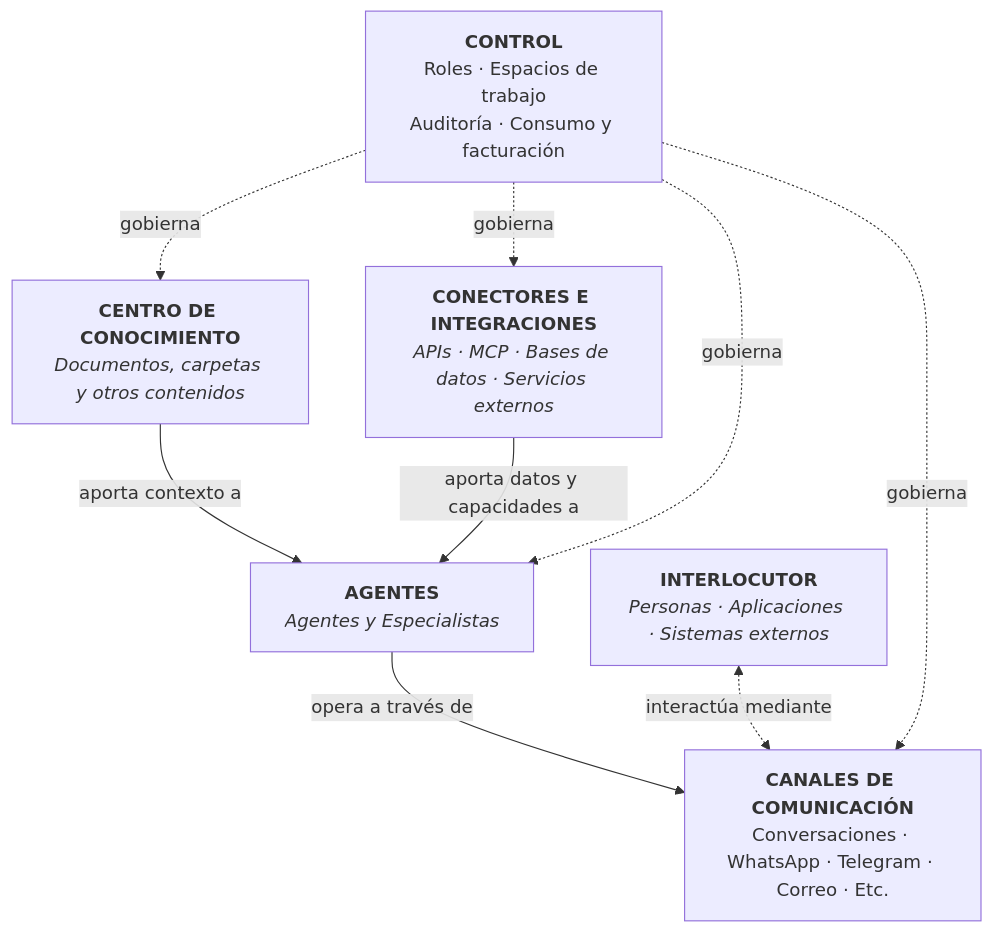
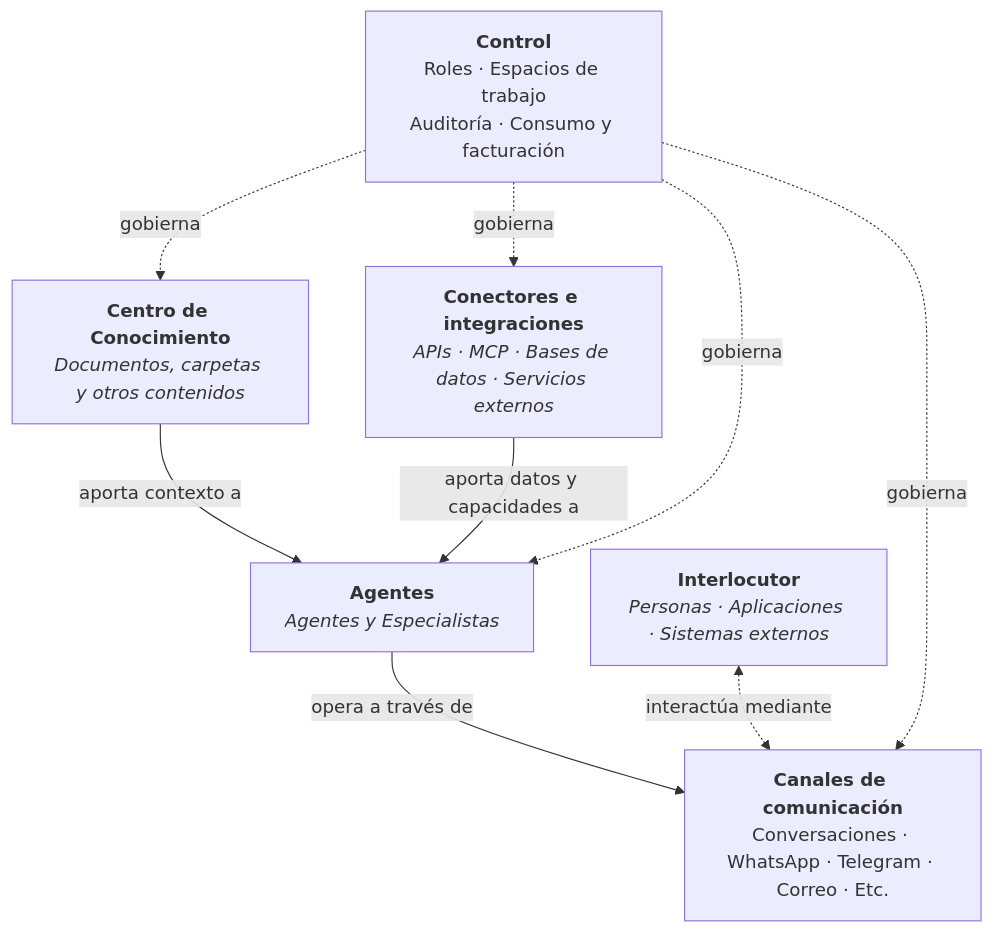
One commit to akui-solutions/consul-point-docs changed the first of 2 diagrams in docs/introduccion/vision-general.md. Above: the diagram before and after it, drawn with Mermaid. The commit also changed 60 other files, not shown here.

````diff
--- a/docs/introduccion/vision-general.md
+++ b/docs/introduccion/vision-general.md
@@ -19,28 +19,28 @@
 ```mermaid
 flowchart TD
 
-    A["<b>CENTRO DE CONOCIMIENTO</b><br/><i>Documentos, carpetas y otros contenidos</i>"]
+    A["<b>Centro de Conocimiento</b><br/><i>Documentos, carpetas y otros contenidos</i>"]
 
-    B["<b>AGENTES</b><br/><i>Agentes y Especialistas</i>"]
+    B["<b>Agentes</b><br/><i>Agentes y Especialistas</i>"]
 
-    C["<b>CONECTORES E INTEGRACIONES</b><br/><i>APIs · MCP · Bases de datos · Servicios externos</i>"]
+    C["<b>Conectores e integraciones</b><br/><i>APIs · MCP · Bases de datos · Servicios externos</i>"]
 
-    D["<b>CANALES DE COMUNICACIÓN</b><br/>Conversaciones · WhatsApp · Telegram · Correo · Etc."]
+    D["<b>Canales de comunicación</b><br/>Conversaciones · WhatsApp · Telegram · Correo · Etc."]
 
-    U["<b>INTERLOCUTOR</b><br/><i>Personas · Aplicaciones · Sistemas externos</i>"]
+    U["<b>Interlocutor</b><br/><i>Personas · Aplicaciones · Sistemas externos</i>"]
 
-    E["<b>CONTROL</b><br/>Roles · Espacios de trabajo<br/>Auditoría · Consumo y facturación"]
+    E["<b>Control</b><br/>Roles · Espacios de trabajo<br/>Auditoría · Consumo y facturación"]
 
     A -->|aporta contexto a| B
 
     C -->|aporta datos y capacidades a| B
 
     B -->|opera a través de| D
 
     U <-.->|interactúa mediante| D
 
     E -.->|gobierna| A
     E -.->|gobierna| B
     E -.->|gobierna| C
     E -.->|gobierna| D
 ```
````
